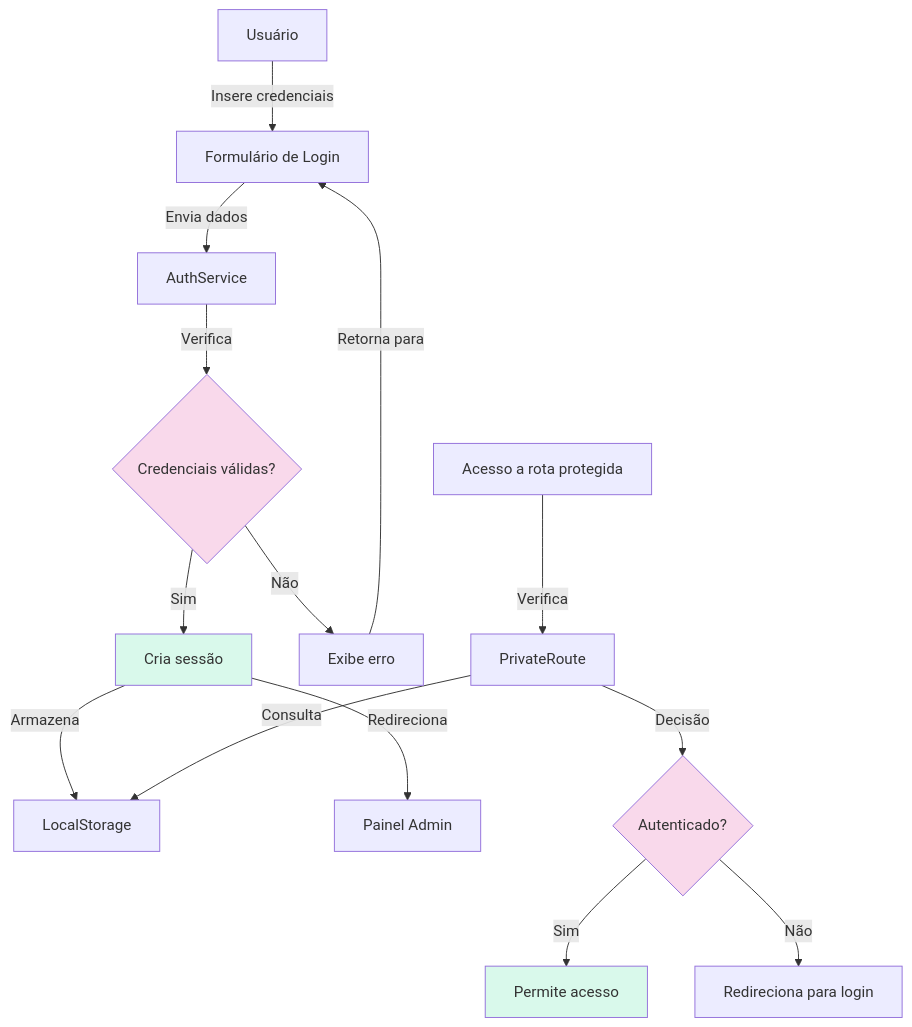
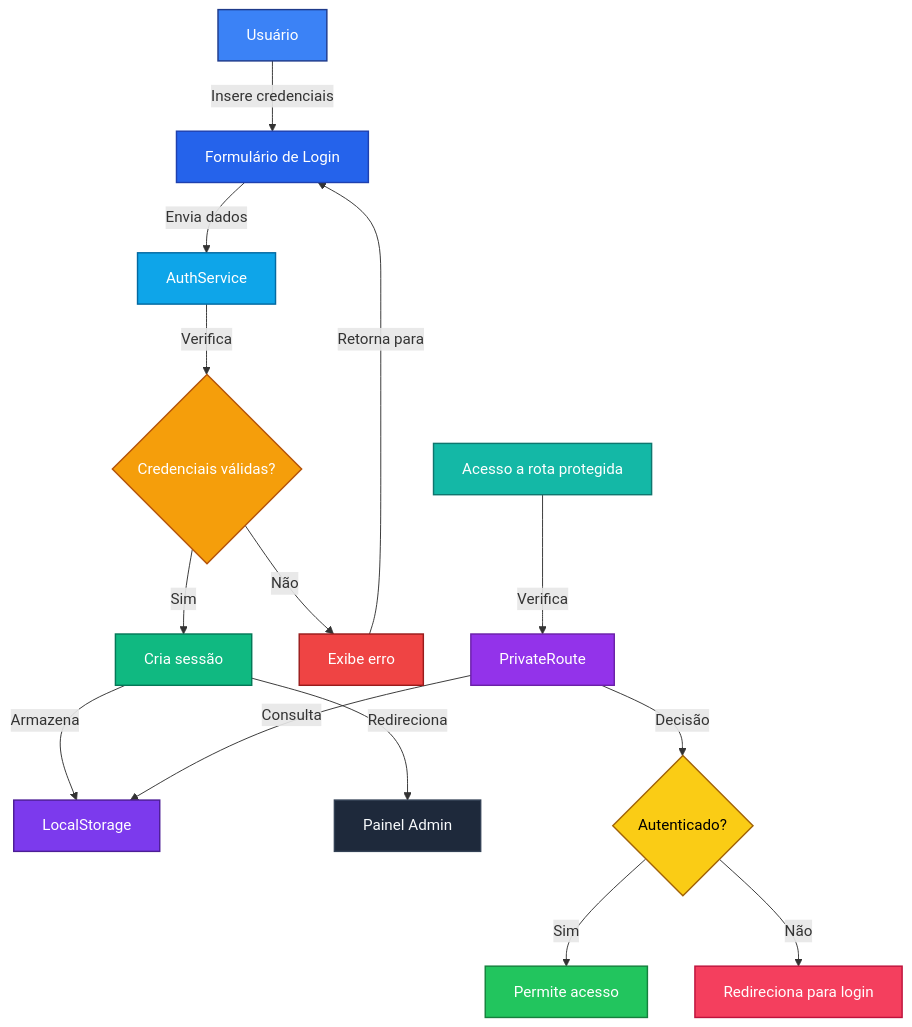
One commit to cold-tech/documentacao changed the first of 2 diagrams in documentacaoTecnica/SISTEMA_LOGIN.md. Above: the diagram before and after it, drawn with Mermaid.

````diff
--- a/documentacaoTecnica/SISTEMA_LOGIN.md
+++ b/documentacaoTecnica/SISTEMA_LOGIN.md
@@ -11,22 +11,33 @@
 ```mermaid
 flowchart TD
     A[Usuário] -->|Insere credenciais| B[Formulário de Login]
     B -->|Envia dados| C[AuthService]
     C -->|Verifica| D{Credenciais válidas?}
     D -->|Sim| E[Cria sessão]
     D -->|Não| F[Exibe erro]
     E -->|Armazena| G[LocalStorage]
     E -->|Redireciona| H[Painel Admin]
     F -->|Retorna para| B
-    
+
     I[Acesso a rota protegida] -->|Verifica| J[PrivateRoute]
     J -->|Consulta| G
     J -->|Decisão| K{Autenticado?}
     K -->|Sim| L[Permite acesso]
     K -->|Não| M[Redireciona para login]
-    
-    style D fill:#f9d9eb
-    style K fill:#f9d9eb
-    style E fill:#d9f9eb
-    style L fill:#d9f9eb
+
+    %% Cores modernas e contrastantes
+    style A fill:#3b82f6,stroke:#1e3a8a,stroke-width:1.5px,color:#ffffff
+    style B fill:#2563eb,stroke:#1e40af,stroke-width:1.5px,color:#ffffff
+    style C fill:#0ea5e9,stroke:#0369a1,stroke-width:1.5px,color:#ffffff
+    style D fill:#f59e0b,stroke:#b45309,stroke-width:1.5px,color:#ffffff
+    style E fill:#10b981,stroke:#047857,stroke-width:1.5px,color:#ffffff
+    style F fill:#ef4444,stroke:#991b1b,stroke-width:1.5px,color:#ffffff
+    style G fill:#7c3aed,stroke:#4c1d95,stroke-width:1.5px,color:#ffffff
+    style H fill:#1e293b,stroke:#334155,stroke-width:1.5px,color:#f8fafc
+    style I fill:#14b8a6,stroke:#0f766e,stroke-width:1.5px,color:#ffffff
+    style J fill:#9333ea,stroke:#6b21a8,stroke-width:1.5px,color:#ffffff
+    style K fill:#facc15,stroke:#a16207,stroke-width:1.5px,color:#000000
+    style L fill:#22c55e,stroke:#15803d,stroke-width:1.5px,color:#ffffff
+    style M fill:#f43f5e,stroke:#be123c,stroke-width:1.5px,color:#ffffff
+
 ```
````
